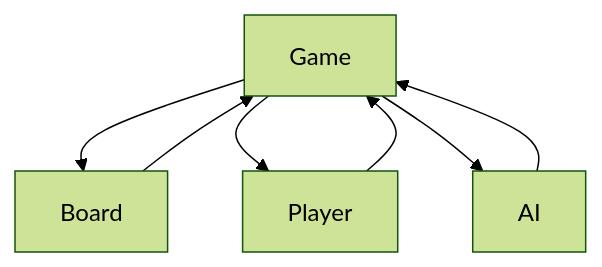
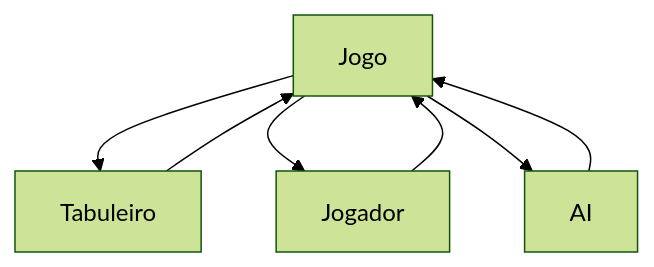
The diagram in Jogo_da_Velha_Slides_Revisado.md (ProfBezerra/REQUISITOS-E-MOD-DE-SISTEMAS), drawn with Mermaid (forest theme) before and after one commit. The commit also changed other lines of this file and 25 other files, not shown here.

````diff
--- a/Jogo_da_Velha_Slides_Revisado.md
+++ b/Jogo_da_Velha_Slides_Revisado.md
@@ -224,9 +223,9 @@
 ```mermaid
 graph TD
-A[Game] --> B[Board]
-A --> C[Player]
+A[Jogo] --> B[Tabuleiro]
+A --> C[Jogador]
 A --> D[AI]
 B --> A
 C --> A
 D --> A
 ```
````
